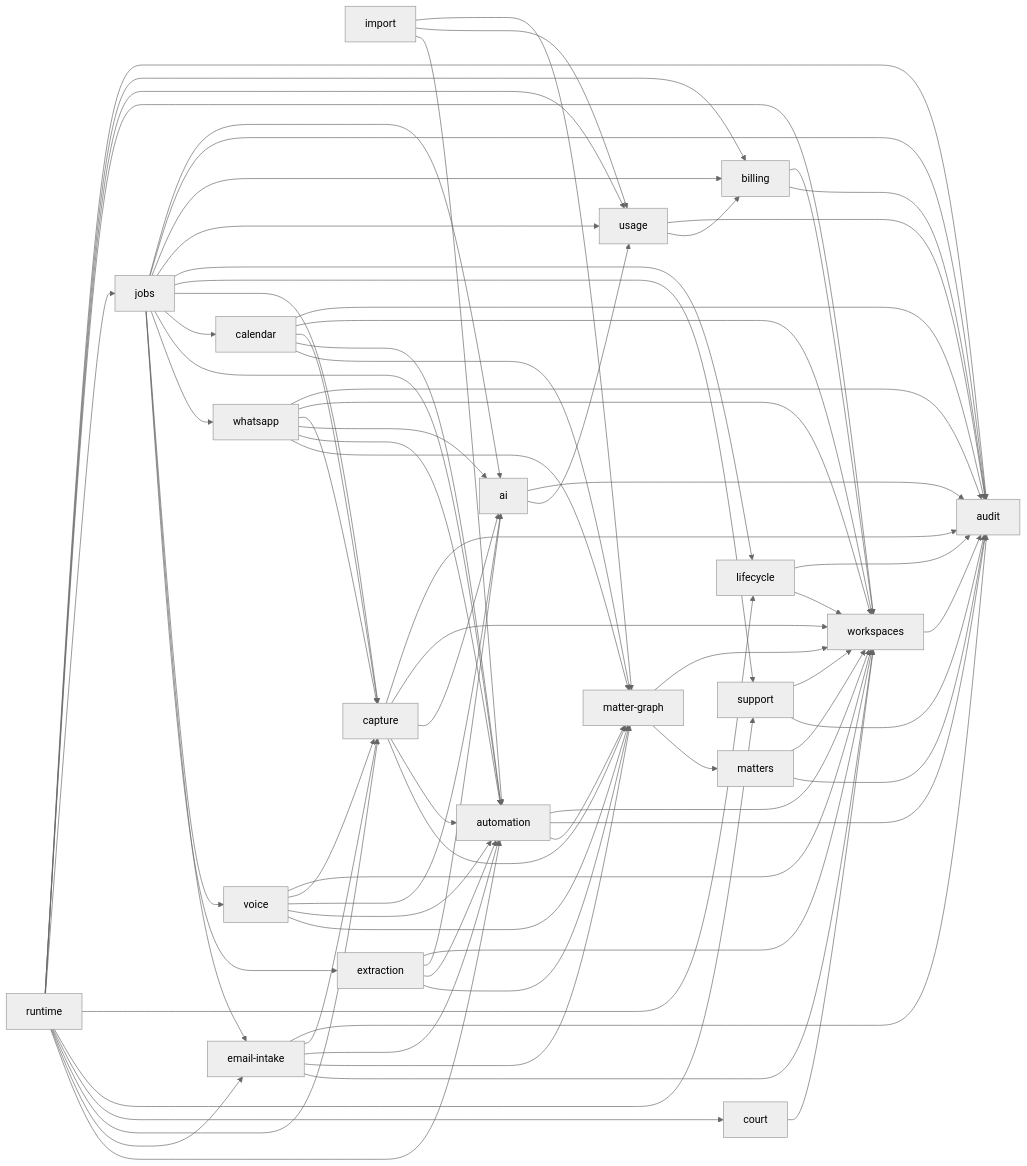
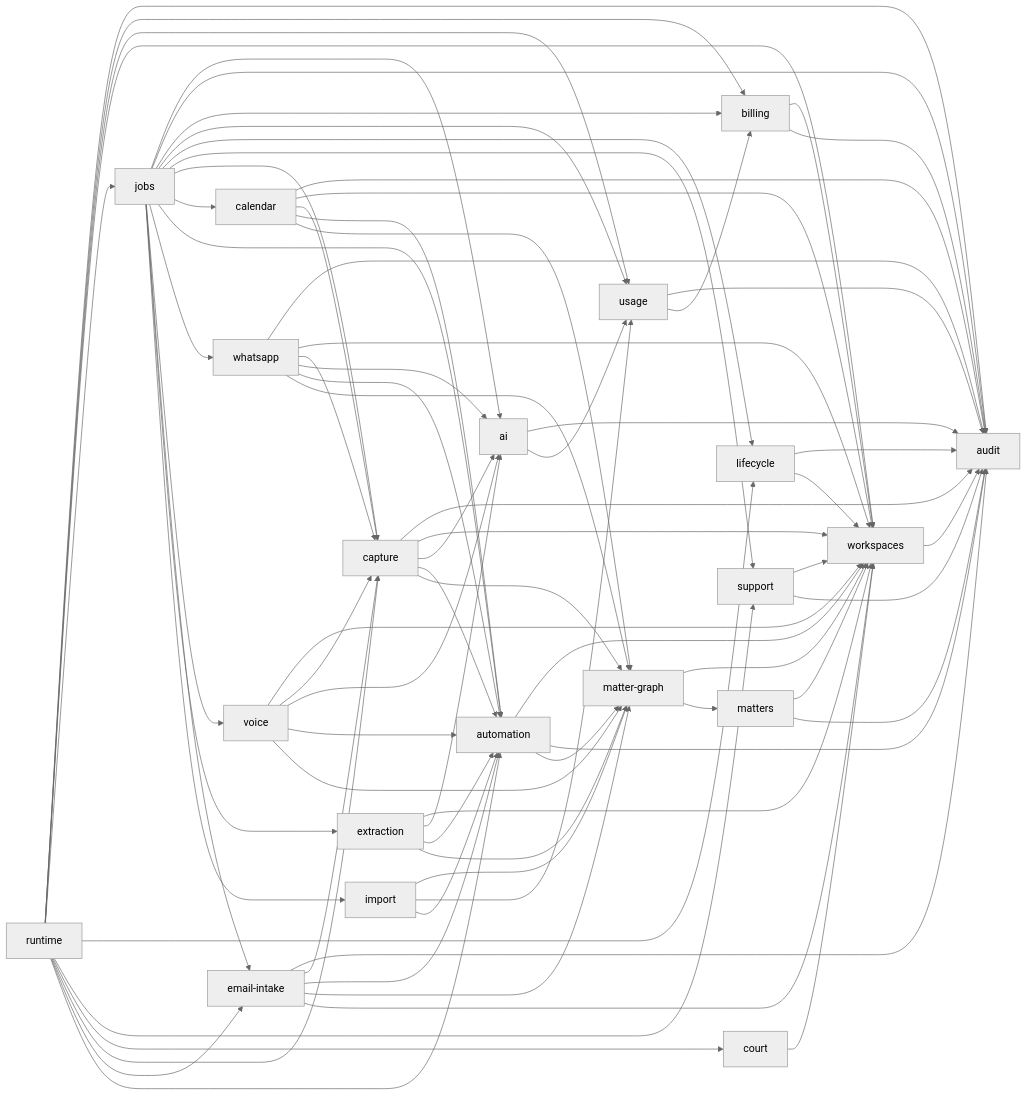
The diagram in docs/engineering/core-domains.md (RapierCraftStudios/causedeck), drawn with Mermaid (neutral theme) before and after one commit. The commit also changed other lines of this file and 8 other files, not shown here.

Commit message:
feat(core): import batch service, advocate profile and import jobs (#550)

````diff
--- a/docs/engineering/core-domains.md
+++ b/docs/engineering/core-domains.md
@@ -67,79 +67,80 @@
 ```mermaid
 graph LR
   workspaces --> audit
   matters --> workspaces
   matters --> audit
   court --> workspaces
   matter-graph --> workspaces
   matter-graph --> matters
   automation --> workspaces
   automation --> audit
   automation --> matter-graph
   import --> matter-graph
   import --> usage
   import --> automation
   billing --> workspaces
   billing --> audit
   usage --> audit
   usage --> billing
   ai --> audit
   ai --> usage
   lifecycle --> audit
   lifecycle --> workspaces
   support --> workspaces
   support --> audit
   capture --> audit
   capture --> workspaces
   capture --> ai
   capture --> automation
   capture --> matter-graph
   email-intake --> audit
   email-intake --> capture
   email-intake --> automation
   email-intake --> matter-graph
   email-intake --> workspaces
   jobs --> ai
   jobs --> audit
   jobs --> billing
   jobs --> usage
   jobs --> lifecycle
   jobs --> support
   jobs --> capture
   jobs --> calendar
   jobs --> automation
   jobs --> whatsapp
   jobs --> voice
   jobs --> email-intake
   jobs --> extraction
+  jobs --> import
   calendar --> audit
   calendar --> workspaces
   calendar --> capture
   calendar --> automation
   calendar --> matter-graph
   whatsapp --> audit
   whatsapp --> workspaces
   whatsapp --> capture
   whatsapp --> ai
   whatsapp --> automation
   whatsapp --> matter-graph
   voice --> workspaces
   voice --> capture
   voice --> ai
   voice --> automation
   voice --> matter-graph
   extraction --> workspaces
   extraction --> ai
   extraction --> automation
   extraction --> matter-graph
   runtime --> audit
   runtime --> billing
   runtime --> usage
   runtime --> workspaces
   runtime --> jobs
   runtime --> lifecycle
   runtime --> support
   runtime --> court
   runtime --> capture
   runtime --> email-intake
   runtime --> automation
 ```
````
